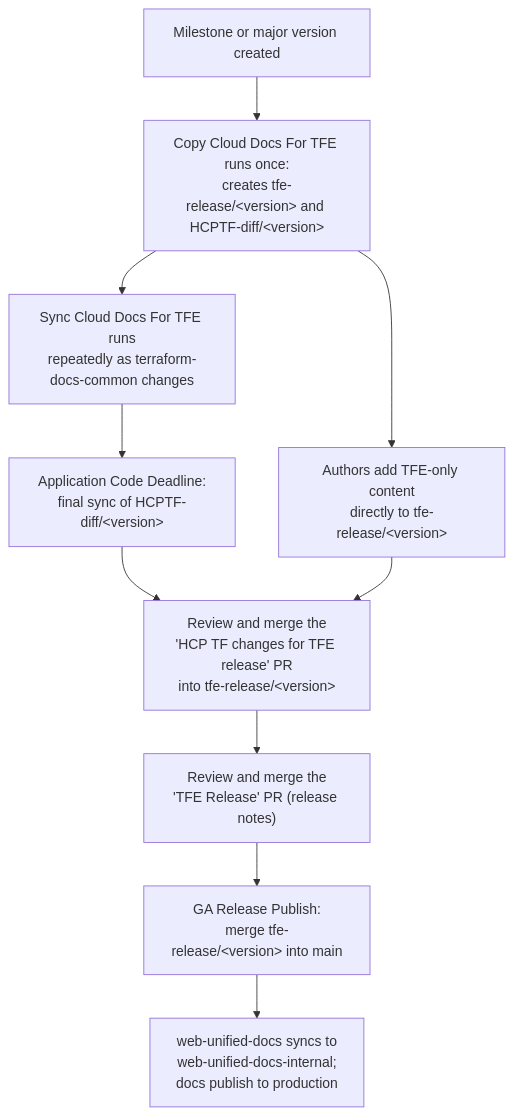
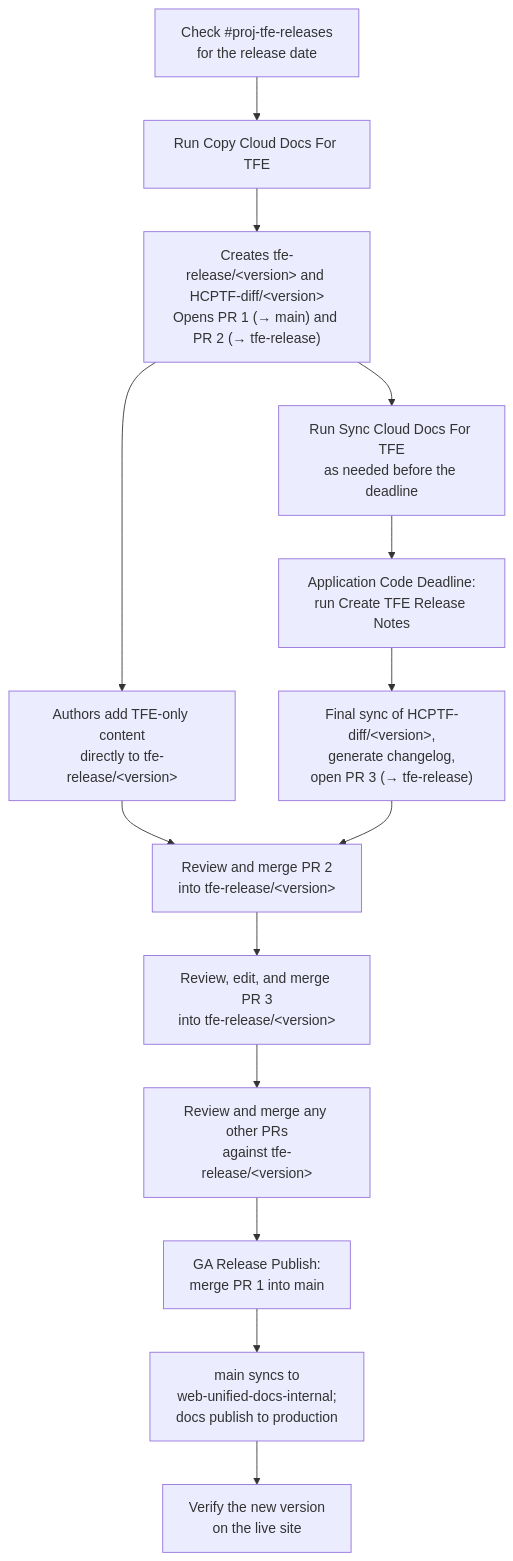
The sixth of 7 diagrams in docs/workflows/infrastructure-group/copy-cloud-docs-for-tfe-action.md (hashicorp/web-unified-docs), drawn with Mermaid before and after one commit. The commit also changed other lines of this file and 1 other file, not shown here.

````diff
--- a/docs/workflows/infrastructure-group/copy-cloud-docs-for-tfe-action.md
+++ b/docs/workflows/infrastructure-group/copy-cloud-docs-for-tfe-action.md
@@ -197,12 +354,16 @@
 ```mermaid
 flowchart TD
-    M1["Milestone or major version created"] --> M2["Copy Cloud Docs For TFE runs once:<br/>creates tfe-release/&lt;version&gt; and HCPTF-diff/&lt;version&gt;"]
-    M2 --> M3["Authors add TFE-only content<br/>directly to tfe-release/&lt;version&gt;"]
-    M2 --> M4["Sync Cloud Docs For TFE runs<br/>repeatedly as terraform-docs-common changes"]
-    M4 --> M5["Application Code Deadline:<br/>final sync of HCPTF-diff/&lt;version&gt;"]
-    M5 --> M6["Review and merge the<br/>'HCP TF changes for TFE release' PR<br/>into tfe-release/&lt;version&gt;"]
-    M3 --> M6
-    M6 --> M7["Review and merge the<br/>'TFE Release' PR (release notes)"]
-    M7 --> M8["GA Release Publish:<br/>merge tfe-release/&lt;version&gt; into main"]
-    M8 --> M9["web-unified-docs syncs to<br/>web-unified-docs-internal;<br/>docs publish to production"]
+    S1["Check #proj-tfe-releases<br/>for the release date"] --> S2["Run Copy Cloud Docs For TFE"]
+    S2 --> S3["Creates tfe-release/&lt;version&gt; and HCPTF-diff/&lt;version&gt;<br/>Opens PR 1 (→ main) and PR 2 (→ tfe-release)"]
+    S3 --> S4["Authors add TFE-only content<br/>directly to tfe-release/&lt;version&gt;"]
+    S3 --> S5["Run Sync Cloud Docs For TFE<br/>as needed before the deadline"]
+    S5 --> S6["Application Code Deadline:<br/>run Create TFE Release Notes"]
+    S6 --> S7["Final sync of HCPTF-diff/&lt;version&gt;,<br/>generate changelog,<br/>open PR 3 (→ tfe-release)"]
+    S4 --> S8["Review and merge PR 2<br/>into tfe-release/&lt;version&gt;"]
+    S7 --> S8
+    S8 --> S9["Review, edit, and merge PR 3<br/>into tfe-release/&lt;version&gt;"]
+    S9 --> S10["Review and merge any other PRs<br/>against tfe-release/&lt;version&gt;"]
+    S10 --> S11["GA Release Publish:<br/>merge PR 1 into main"]
+    S11 --> S12["main syncs to<br/>web-unified-docs-internal;<br/>docs publish to production"]
+    S12 --> S13["Verify the new version<br/>on the live site"]
 ```
````
